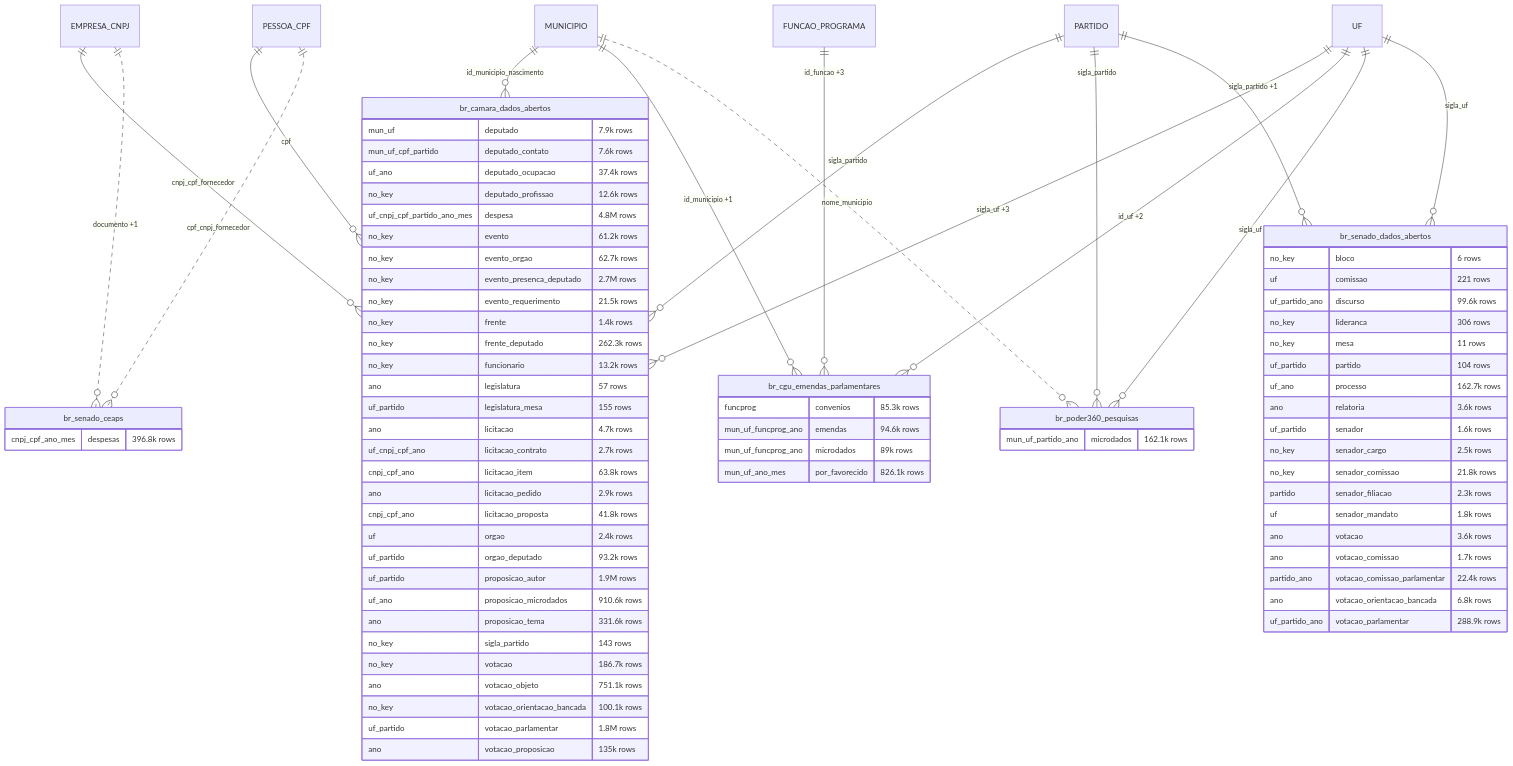
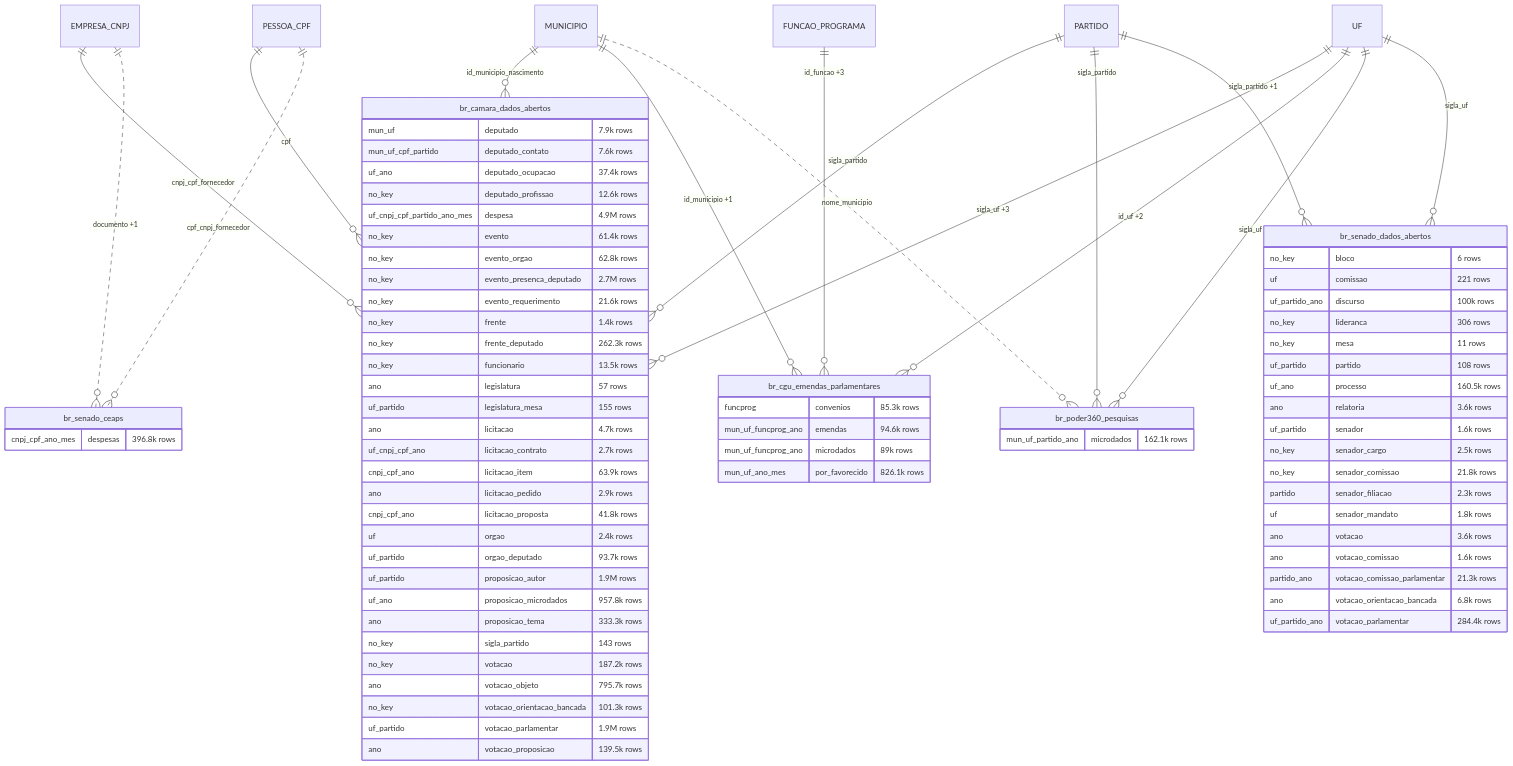
Diagram 17 of 30 in docs/mapa/ERD_EN.md (rafapolo/rodado), drawn with Mermaid before and after one commit. The commit also changed other lines of this file and 7 other files, not shown here.

````diff
--- a/docs/mapa/ERD_EN.md
+++ b/docs/mapa/ERD_EN.md
@@ -1447,82 +1592,82 @@
 ```mermaid
 erDiagram
     EMPRESA_CNPJ ||--o{ br_camara_dados_abertos : "cnpj_cpf_fornecedor"
     MUNICIPIO ||--o{ br_camara_dados_abertos : "id_municipio_nascimento"
     PARTIDO ||--o{ br_camara_dados_abertos : "sigla_partido"
     PESSOA_CPF ||--o{ br_camara_dados_abertos : "cpf"
     UF ||--o{ br_camara_dados_abertos : "sigla_uf +3"
     FUNCAO_PROGRAMA ||--o{ br_cgu_emendas_parlamentares : "id_funcao +3"
     MUNICIPIO ||--o{ br_cgu_emendas_parlamentares : "id_municipio +1"
     UF ||--o{ br_cgu_emendas_parlamentares : "id_uf +2"
     MUNICIPIO ||..o{ br_poder360_pesquisas : "nome_municipio"
     PARTIDO ||--o{ br_poder360_pesquisas : "sigla_partido"
     UF ||--o{ br_poder360_pesquisas : "sigla_uf"
     EMPRESA_CNPJ ||..o{ br_senado_ceaps : "documento +1"
     PESSOA_CPF ||..o{ br_senado_ceaps : "cpf_cnpj_fornecedor"
     PARTIDO ||--o{ br_senado_dados_abertos : "sigla_partido +1"
     UF ||--o{ br_senado_dados_abertos : "sigla_uf"
     br_camara_dados_abertos {
         mun_uf deputado "7.9k rows"
         mun_uf_cpf_partido deputado_contato "7.6k rows"
         uf_ano deputado_ocupacao "37.4k rows"
         no_key deputado_profissao "12.6k rows"
-        uf_cnpj_cpf_partido_ano_mes despesa "4.8M rows"
-        no_key evento "61.2k rows"
-        no_key evento_orgao "62.7k rows"
+        uf_cnpj_cpf_partido_ano_mes despesa "4.9M rows"
+        no_key evento "61.4k rows"
+        no_key evento_orgao "62.8k rows"
         no_key evento_presenca_deputado "2.7M rows"
-        no_key evento_requerimento "21.5k rows"
+        no_key evento_requerimento "21.6k rows"
         no_key frente "1.4k rows"
         no_key frente_deputado "262.3k rows"
-        no_key funcionario "13.2k rows"
+        no_key funcionario "13.5k rows"
         ano legislatura "57 rows"
         uf_partido legislatura_mesa "155 rows"
         ano licitacao "4.7k rows"
         uf_cnpj_cpf_ano licitacao_contrato "2.7k rows"
-        cnpj_cpf_ano licitacao_item "63.8k rows"
+        cnpj_cpf_ano licitacao_item "63.9k rows"
         ano licitacao_pedido "2.9k rows"
         cnpj_cpf_ano licitacao_proposta "41.8k rows"
         uf orgao "2.4k rows"
-        uf_partido orgao_deputado "93.2k rows"
+        uf_partido orgao_deputado "93.7k rows"
         uf_partido proposicao_autor "1.9M rows"
-        uf_ano proposicao_microdados "910.6k rows"
-        ano proposicao_tema "331.6k rows"
+        uf_ano proposicao_microdados "957.8k rows"
+        ano proposicao_tema "333.3k rows"
         no_key sigla_partido "143 rows"
-        no_key votacao "186.7k rows"
-        ano votacao_objeto "751.1k rows"
-        no_key votacao_orientacao_bancada "100.1k rows"
-        uf_partido votacao_parlamentar "1.8M rows"
-        ano votacao_proposicao "135k rows"
+        no_key votacao "187.2k rows"
+        ano votacao_objeto "795.7k rows"
+        no_key votacao_orientacao_bancada "101.3k rows"
+        uf_partido votacao_parlamentar "1.9M rows"
+        ano votacao_proposicao "139.5k rows"
     }
     br_cgu_emendas_parlamentares {
         funcprog convenios "85.3k rows"
         mun_uf_funcprog_ano emendas "94.6k rows"
         mun_uf_funcprog_ano microdados "89k rows"
         mun_uf_ano_mes por_favorecido "826.1k rows"
     }
     br_poder360_pesquisas {
         mun_uf_partido_ano microdados "162.1k rows"
     }
     br_senado_ceaps {
         cnpj_cpf_ano_mes despesas "396.8k rows"
     }
     br_senado_dados_abertos {
         no_key bloco "6 rows"
         uf comissao "221 rows"
-        uf_partido_ano discurso "99.6k rows"
+        uf_partido_ano discurso "100k rows"
         no_key lideranca "306 rows"
         no_key mesa "11 rows"
-        uf_partido partido "104 rows"
-        uf_ano processo "162.7k rows"
+        uf_partido partido "108 rows"
+        uf_ano processo "160.5k rows"
         ano relatoria "3.6k rows"
         uf_partido senador "1.6k rows"
         no_key senador_cargo "2.5k rows"
         no_key senador_comissao "21.8k rows"
         partido senador_filiacao "2.3k rows"
         uf senador_mandato "1.8k rows"
         ano votacao "3.6k rows"
-        ano votacao_comissao "1.7k rows"
-        partido_ano votacao_comissao_parlamentar "22.4k rows"
+        ano votacao_comissao "1.6k rows"
+        partido_ano votacao_comissao_parlamentar "21.3k rows"
         ano votacao_orientacao_bancada "6.8k rows"
-        uf_partido_ano votacao_parlamentar "288.9k rows"
+        uf_partido_ano votacao_parlamentar "284.4k rows"
     }
 ```
````
